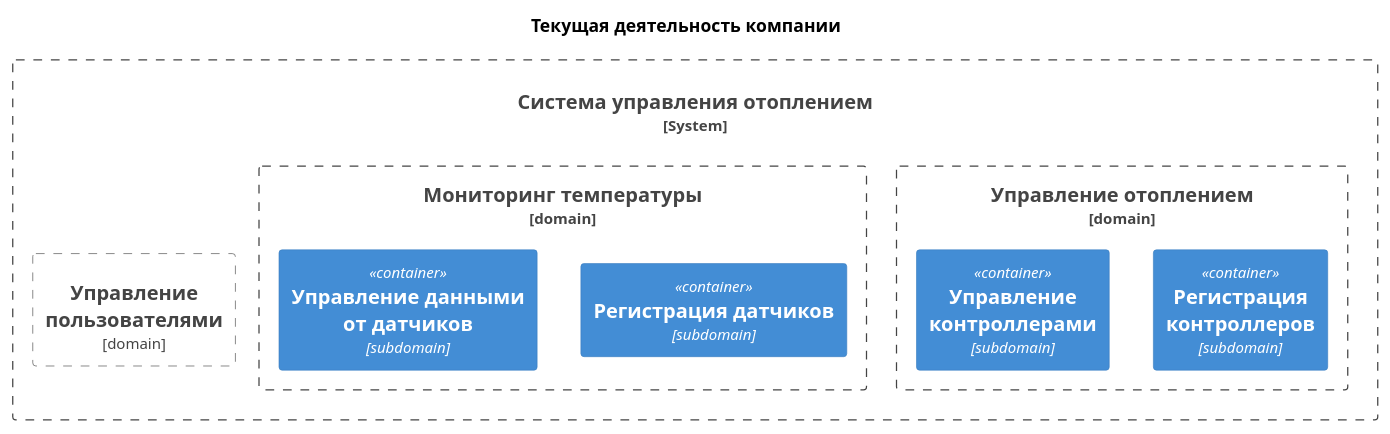
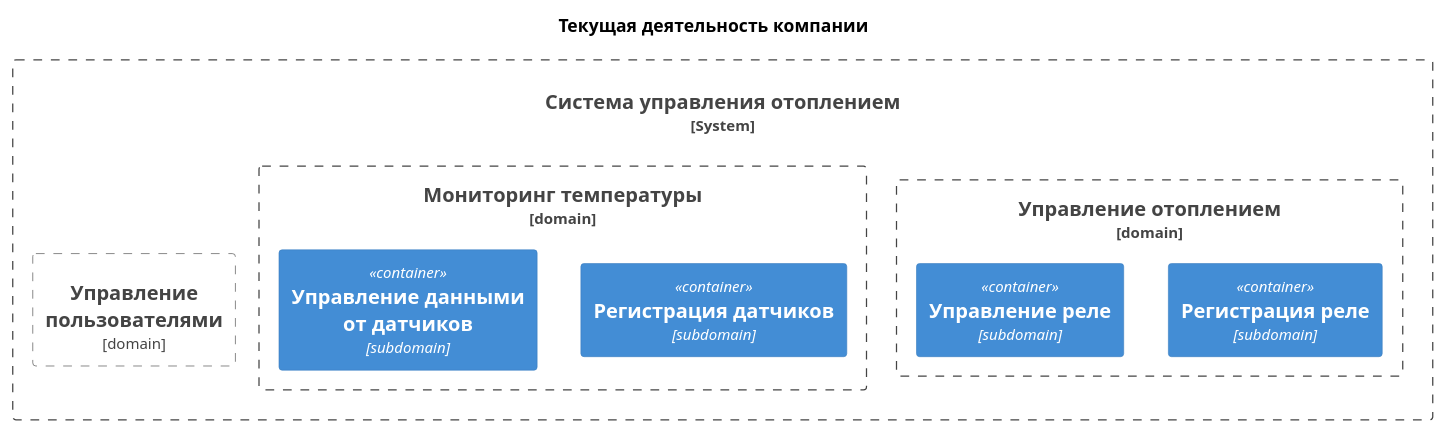
One commit to asbelon/architecture-sprint-3 changed the diagram in arch/current state/domains as is.puml. Above: the diagram before and after it, drawn with PlantUML. The commit also changed 10 other files, not shown here.

```diff
--- a/arch/current state/domains as is.puml
+++ b/arch/current state/domains as is.puml
@@ -1,18 +1,18 @@
 @startuml
 title Текущая деятельность компании
 
 !includeurl https://raw.githubusercontent.com/RicardoNiepel/C4-PlantUML/master/C4_Component.puml
 
 System_Boundary(HeatingControlSystem, "Система управления отоплением") {
     Boundary(domain_1,"Управление пользователями", "domain")
     Boundary(domain_2,"Управление отоплением", "domain"){
-        Container(ControllerRegistration, "Регистрация контроллеров", "subdomain")
-        Container(ControllerManagement, "Управление контроллерами", "subdomain")
+        Container(ControllerRegistration, "Регистрация реле", "subdomain")
+        Container(ControllerManagement, "Управление реле", "subdomain")
     }
     Boundary(domain_3,"Мониторинг температуры", "domain") {
         Container(SensorRegistration, "Регистрация датчиков", "subdomain")
         Container(SensorDataManagement, "Управление данными от датчиков", "subdomain")
     }
 }
 
 @enduml
```
